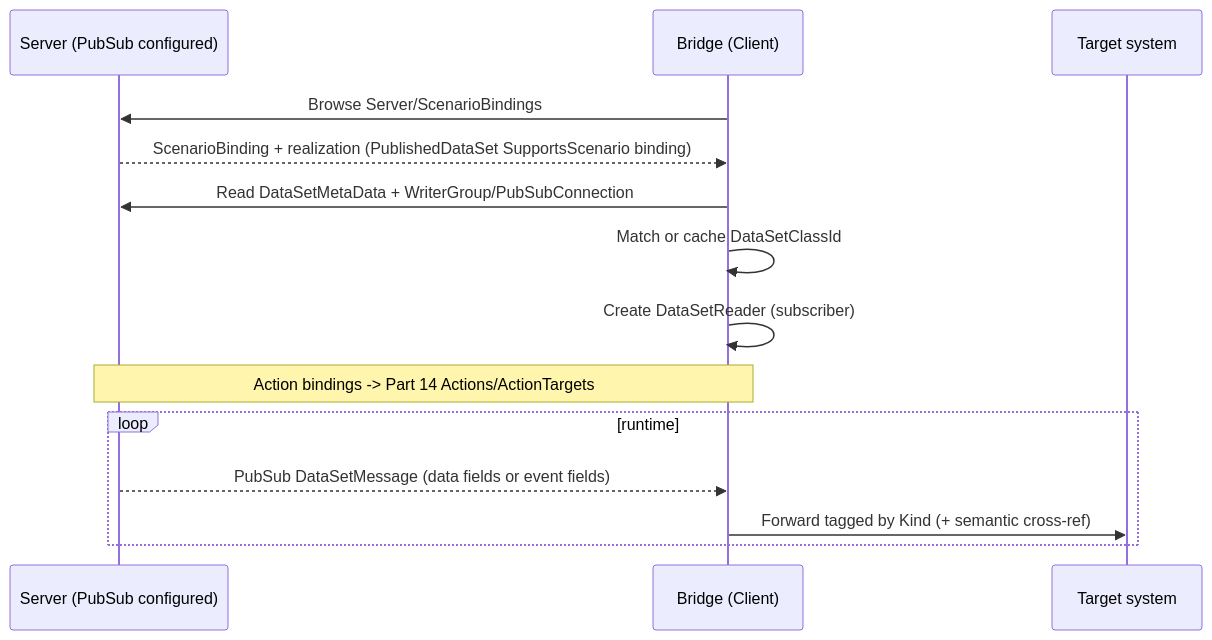
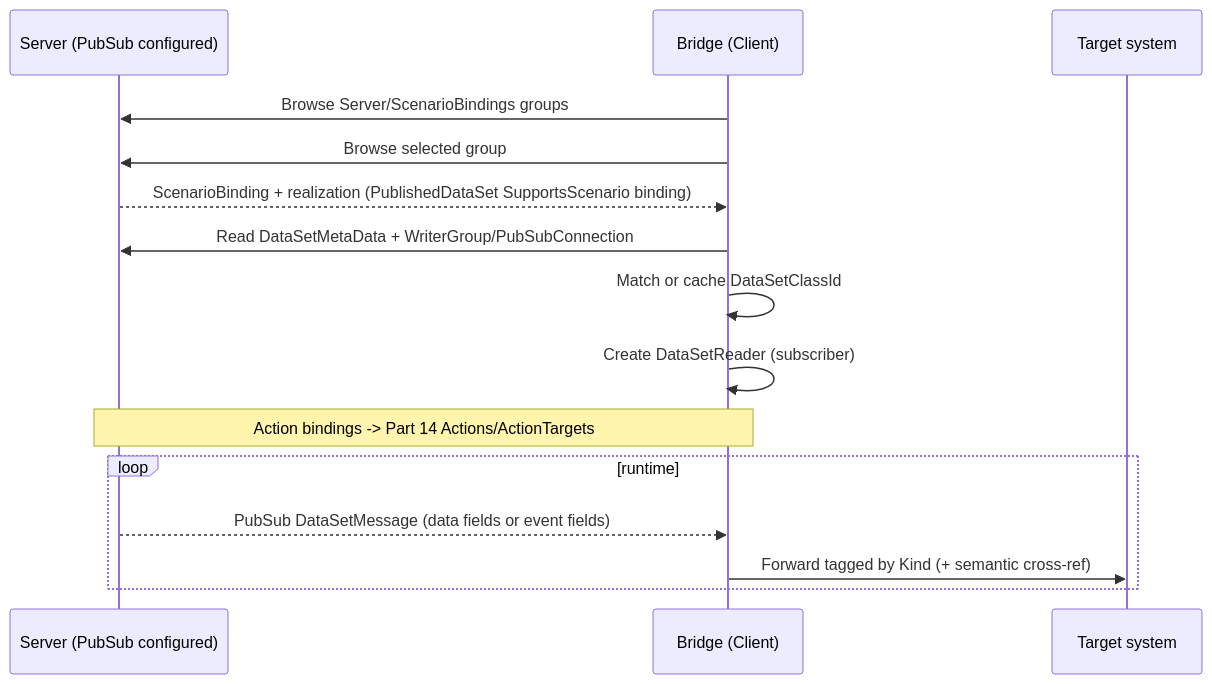
One commit to marcschier/opcua-drafts changed the third of 3 diagrams in core-specs/pubsub-binding/OPC-UA-PubSub-Scenario-Binding.md. Above: the diagram before and after it, drawn with Mermaid. The commit also changed other lines of this file and 12 other files, not shown here.

````diff
--- a/core-specs/pubsub-binding/OPC-UA-PubSub-Scenario-Binding.md
+++ b/core-specs/pubsub-binding/OPC-UA-PubSub-Scenario-Binding.md
@@ -318,16 +348,17 @@
 ```mermaid
 sequenceDiagram
   participant S as Server (PubSub configured)
   participant B as Bridge (Client)
   participant X as Target system
-  B->>S: Browse Server/ScenarioBindings
+  B->>S: Browse Server/ScenarioBindings groups
+  B->>S: Browse selected group
   S-->>B: ScenarioBinding + realization (PublishedDataSet SupportsScenario binding)
   B->>S: Read DataSetMetaData + WriterGroup/PubSubConnection
   B->>B: Match or cache DataSetClassId
   B->>B: Create DataSetReader (subscriber)
   Note over S,B: Action bindings -> Part 14 Actions/ActionTargets
   loop runtime
     S-->>B: PubSub DataSetMessage (data fields or event fields)
     B->>X: Forward tagged by Kind (+ semantic cross-ref)
   end
 ```
````
